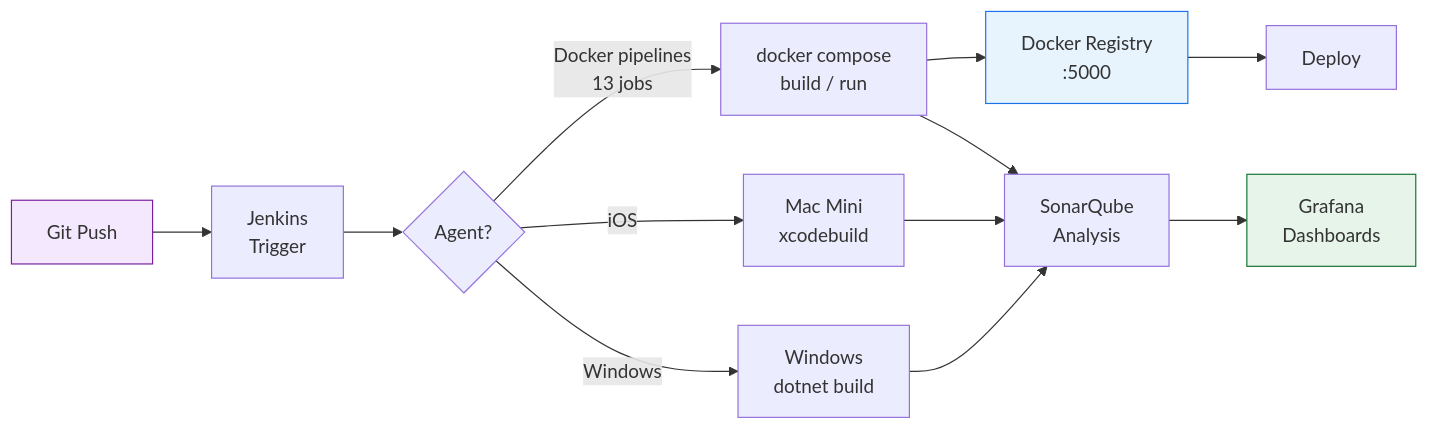
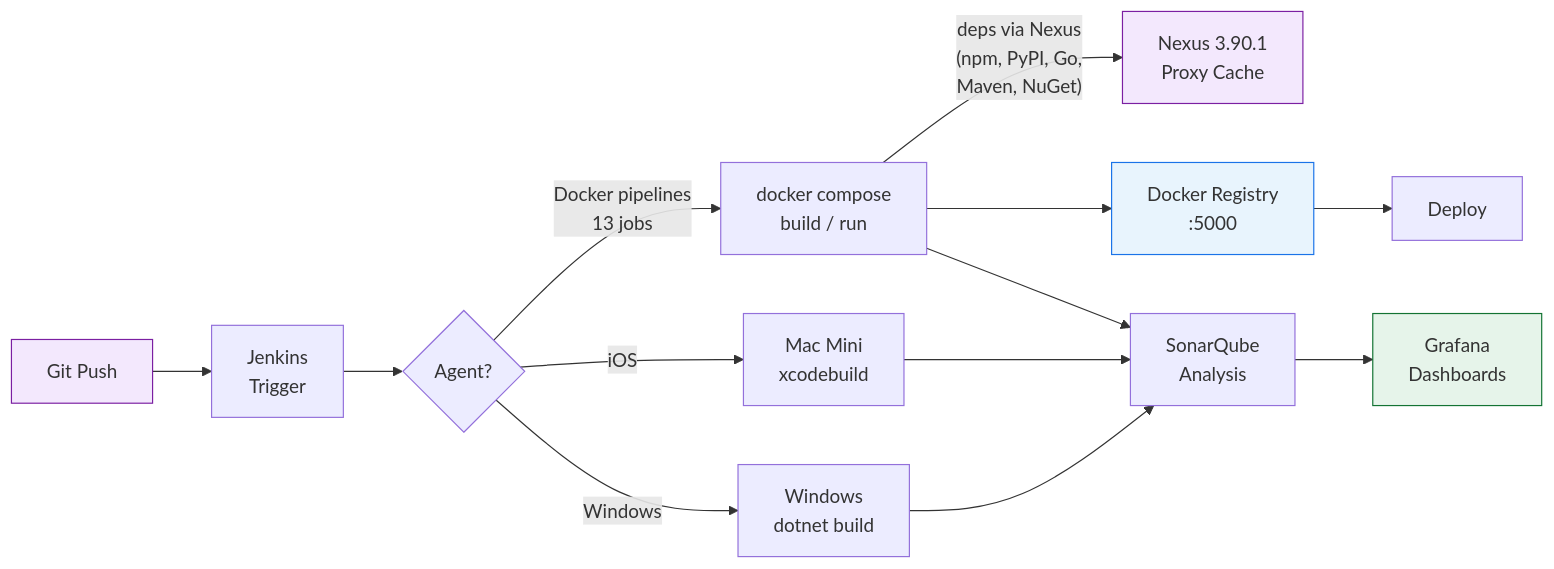
One commit to jrjohn/arcana-devops changed the third of 5 diagrams in README.md. Above: the diagram before and after it, drawn with Mermaid. The commit also changed other lines of this file, not shown here.

Commit message:
docs: update README.md to reflect Nexus integration and 15/15 ALL GREEN

````diff
--- a/README.md
+++ b/README.md
@@ -165,18 +199,20 @@
 ```mermaid
 flowchart LR
     A[Git Push] --> B[Jenkins<br/>Trigger]
     B --> C{Agent?}
     C -->|Docker pipelines<br/>13 jobs| D["docker compose<br/>build / run"]
     C -->|iOS| E["Mac Mini<br/>xcodebuild"]
     C -->|Windows| F["Windows<br/>dotnet build"]
+    D -->|"deps via Nexus<br/>(npm, PyPI, Go,<br/>Maven, NuGet)"| N["Nexus 3.90.1<br/>Proxy Cache"]
     D --> G["Docker Registry<br/>:5000"]
     D --> H["SonarQube<br/>Analysis"]
     E --> H
     F --> H
     G --> I["Deploy"]
     H --> J["Grafana<br/>Dashboards"]
 
     style A fill:#f3e8fd,stroke:#7b1fa2
+    style N fill:#f3e8fd,stroke:#7b1fa2
     style G fill:#e8f4fd,stroke:#1a73e8
     style J fill:#e6f4ea,stroke:#137333
 ```
````
